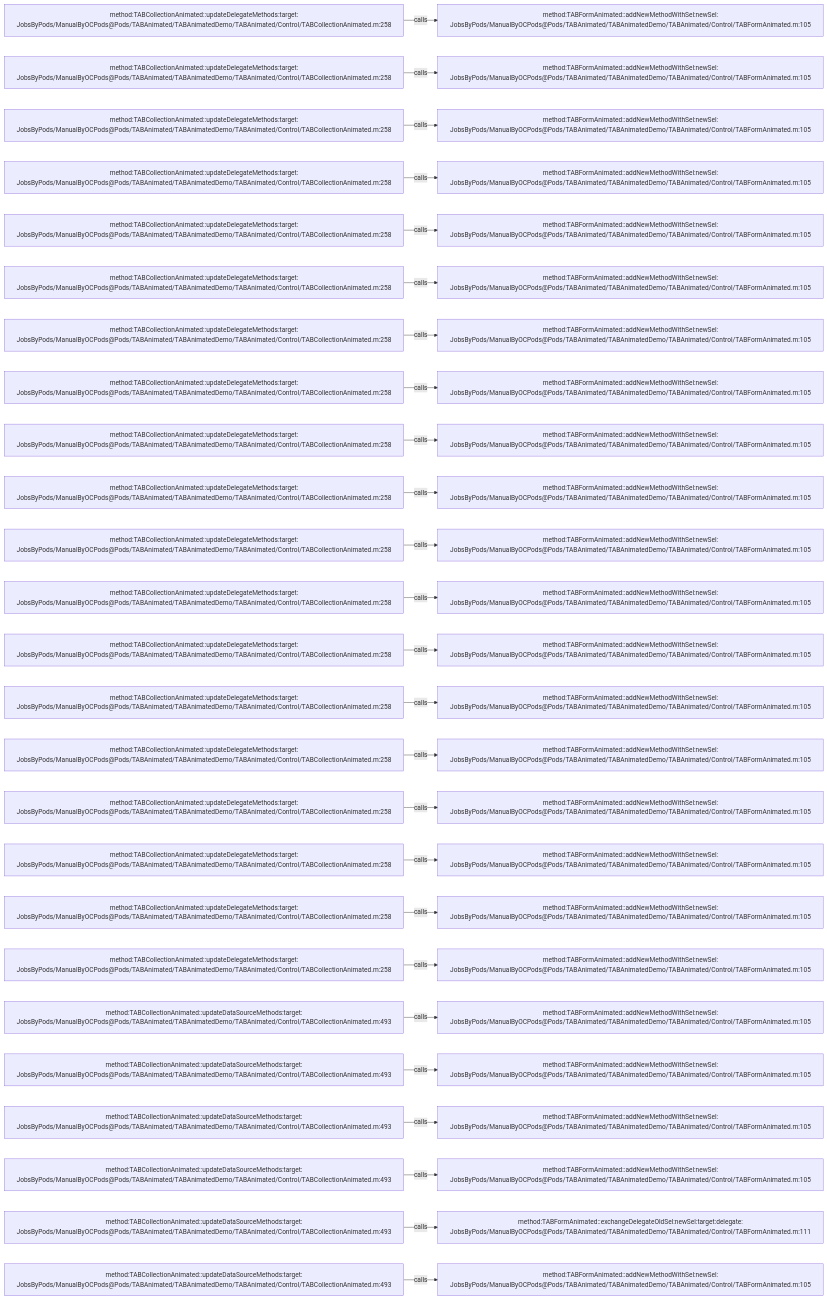
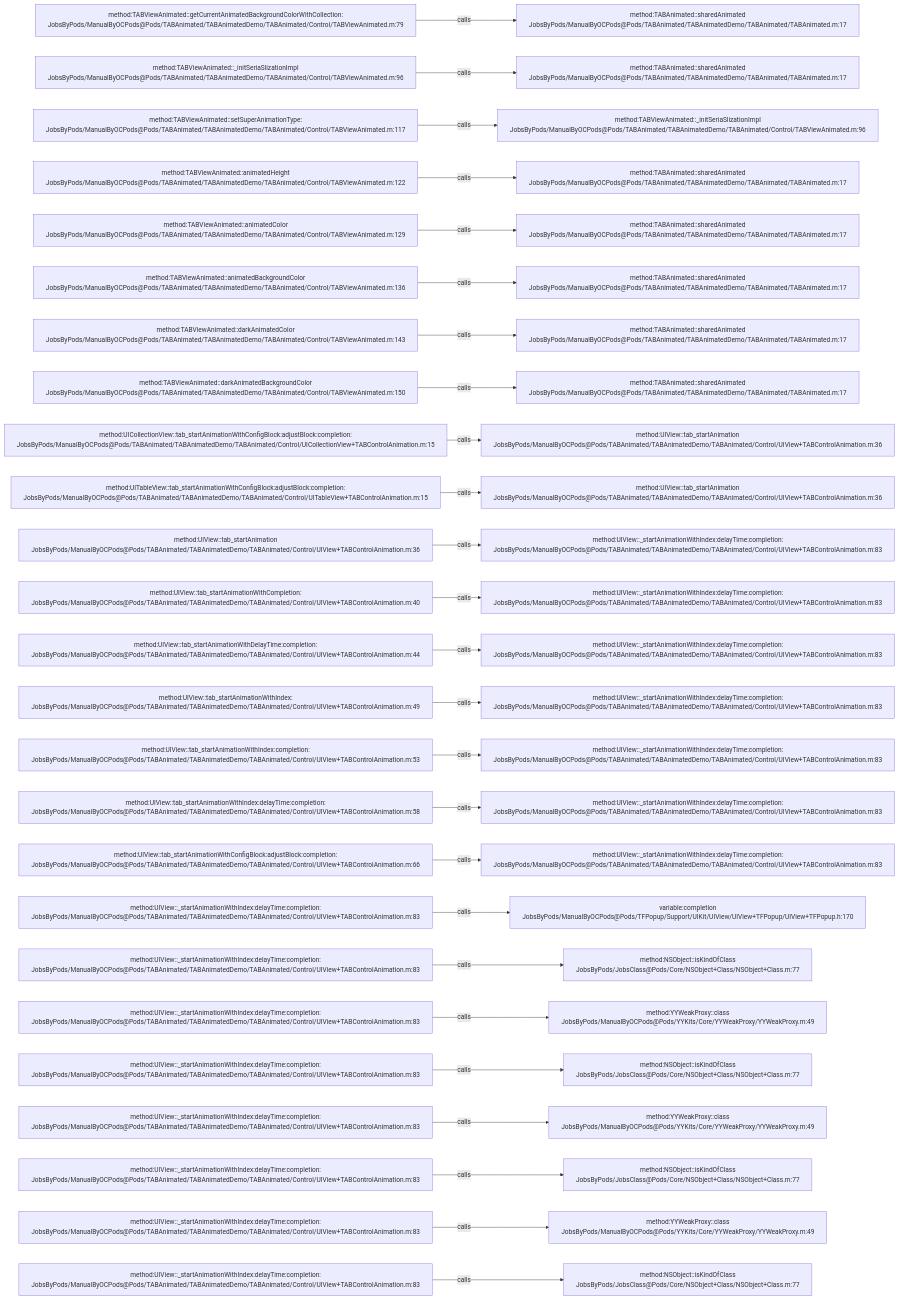
The diagram in .codegraph/codegraph.md/graphs/calls-024.md (JobsKits/JobsOCBaseConfigDemo), drawn with Mermaid before and after one commit. The commit also changed 1353 other files, not shown here.

````diff
--- a/.codegraph/codegraph.md/graphs/calls-024.md
+++ b/.codegraph/codegraph.md/graphs/calls-024.md
@@ -13,78 +13,78 @@
 ```mermaid
 flowchart LR
-  S1["method:TABCollectionAnimated::updateDelegateMethods:target:<br/>JobsByPods/ManualByOCPods@Pods/TABAnimated/TABAnimatedDemo/TABAnimated/Control/TABCollectionAnimated.m:258"]
-  T1["method:TABFormAnimated::addNewMethodWithSel:newSel:<br/>JobsByPods/ManualByOCPods@Pods/TABAnimated/TABAnimatedDemo/TABAnimated/Control/TABFormAnimated.m:105"]
+  S1["method:TABViewAnimated::getCurrentAnimatedBackgroundColorWithCollection:<br/>JobsByPods/ManualByOCPods@Pods/TABAnimated/TABAnimatedDemo/TABAnimated/Control/TABViewAnimated.m:79"]
+  T1["method:TABAnimated::sharedAnimated<br/>JobsByPods/ManualByOCPods@Pods/TABAnimated/TABAnimatedDemo/TABAnimated/TABAnimated.m:17"]
   S1 -->|calls| T1
-  S2["method:TABCollectionAnimated::updateDelegateMethods:target:<br/>JobsByPods/ManualByOCPods@Pods/TABAnimated/TABAnimatedDemo/TABAnimated/Control/TABCollectionAnimated.m:258"]
-  T2["method:TABFormAnimated::addNewMethodWithSel:newSel:<br/>JobsByPods/ManualByOCPods@Pods/TABAnimated/TABAnimatedDemo/TABAnimated/Control/TABFormAnimated.m:105"]
+  S2["method:TABViewAnimated::_initSeriaSlizationImpl<br/>JobsByPods/ManualByOCPods@Pods/TABAnimated/TABAnimatedDemo/TABAnimated/Control/TABViewAnimated.m:96"]
+  T2["method:TABAnimated::sharedAnimated<br/>JobsByPods/ManualByOCPods@Pods/TABAnimated/TABAnimatedDemo/TABAnimated/TABAnimated.m:17"]
   S2 -->|calls| T2
-  S3["method:TABCollectionAnimated::updateDelegateMethods:target:<br/>JobsByPods/ManualByOCPods@Pods/TABAnimated/TABAnimatedDemo/TABAnimated/Control/TABCollectionAnimated.m:258"]
-  T3["method:TABFormAnimated::addNewMethodWithSel:newSel:<br/>JobsByPods/ManualByOCPods@Pods/TABAnimated/TABAnimatedDemo/TABAnimated/Control/TABFormAnimated.m:105"]
+  S3["method:TABViewAnimated::setSuperAnimationType:<br/>JobsByPods/ManualByOCPods@Pods/TABAnimated/TABAnimatedDemo/TABAnimated/Control/TABViewAnimated.m:117"]
+  T3["method:TABViewAnimated::_initSeriaSlizationImpl<br/>JobsByPods/ManualByOCPods@Pods/TABAnimated/TABAnimatedDemo/TABAnimated/Control/TABViewAnimated.m:96"]
   S3 -->|calls| T3
-  S4["method:TABCollectionAnimated::updateDelegateMethods:target:<br/>JobsByPods/ManualByOCPods@Pods/TABAnimated/TABAnimatedDemo/TABAnimated/Control/TABCollectionAnimated.m:258"]
-  T4["method:TABFormAnimated::addNewMethodWithSel:newSel:<br/>JobsByPods/ManualByOCPods@Pods/TABAnimated/TABAnimatedDemo/TABAnimated/Control/TABFormAnimated.m:105"]
+  S4["method:TABViewAnimated::animatedHeight<br/>JobsByPods/ManualByOCPods@Pods/TABAnimated/TABAnimatedDemo/TABAnimated/Control/TABViewAnimated.m:122"]
+  T4["method:TABAnimated::sharedAnimated<br/>JobsByPods/ManualByOCPods@Pods/TABAnimated/TABAnimatedDemo/TABAnimated/TABAnimated.m:17"]
   S4 -->|calls| T4
-  S5["method:TABCollectionAnimated::updateDelegateMethods:target:<br/>JobsByPods/ManualByOCPods@Pods/TABAnimated/TABAnimatedDemo/TABAnimated/Control/TABCollectionAnimated.m:258"]
-  T5["method:TABFormAnimated::addNewMethodWithSel:newSel:<br/>JobsByPods/ManualByOCPods@Pods/TABAnimated/TABAnimatedDemo/TABAnimated/Control/TABFormAnimated.m:105"]
+  S5["method:TABViewAnimated::animatedColor<br/>JobsByPods/ManualByOCPods@Pods/TABAnimated/TABAnimatedDemo/TABAnimated/Control/TABViewAnimated.m:129"]
+  T5["method:TABAnimated::sharedAnimated<br/>JobsByPods/ManualByOCPods@Pods/TABAnimated/TABAnimatedDemo/TABAnimated/TABAnimated.m:17"]
   S5 -->|calls| T5
-  S6["method:TABCollectionAnimated::updateDelegateMethods:target:<br/>JobsByPods/ManualByOCPods@Pods/TABAnimated/TABAnimatedDemo/TABAnimated/Control/TABCollectionAnimated.m:258"]
-  T6["method:TABFormAnimated::addNewMethodWithSel:newSel:<br/>JobsByPods/ManualByOCPods@Pods/TABAnimated/TABAnimatedDemo/TABAnimated/Control/TABFormAnimated.m:105"]
+  S6["method:TABViewAnimated::animatedBackgroundColor<br/>JobsByPods/ManualByOCPods@Pods/TABAnimated/TABAnimatedDemo/TABAnimated/Control/TABViewAnimated.m:136"]
+  T6["method:TABAnimated::sharedAnimated<br/>JobsByPods/ManualByOCPods@Pods/TABAnimated/TABAnimatedDemo/TABAnimated/TABAnimated.m:17"]
   S6 -->|calls| T6
-  S7["method:TABCollectionAnimated::updateDelegateMethods:target:<br/>JobsByPods/ManualByOCPods@Pods/TABAnimated/TABAnimatedDemo/TABAnimated/Control/TABCollectionAnimated.m:258"]
-  T7["method:TABFormAnimated::addNewMethodWithSel:newSel:<br/>JobsByPods/ManualByOCPods@Pods/TABAnimated/TABAnimatedDemo/TABAnimated/Control/TABFormAnimated.m:105"]
+  S7["method:TABViewAnimated::darkAnimatedColor<br/>JobsByPods/ManualByOCPods@Pods/TABAnimated/TABAnimatedDemo/TABAnimated/Control/TABViewAnimated.m:143"]
+  T7["method:TABAnimated::sharedAnimated<br/>JobsByPods/ManualByOCPods@Pods/TABAnimated/TABAnimatedDemo/TABAnimated/TABAnimated.m:17"]
   S7 -->|calls| T7
-  S8["method:TABCollectionAnimated::updateDelegateMethods:target:<br/>JobsByPods/ManualByOCPods@Pods/TABAnimated/TABAnimatedDemo/TABAnimated/Control/TABCollectionAnimated.m:258"]
-  T8["method:TABFormAnimated::addNewMethodWithSel:newSel:<br/>JobsByPods/ManualByOCPods@Pods/TABAnimated/TABAnimatedDemo/TABAnimated/Control/TABFormAnimated.m:105"]
+  S8["method:TABViewAnimated::darkAnimatedBackgroundColor<br/>JobsByPods/ManualByOCPods@Pods/TABAnimated/TABAnimatedDemo/TABAnimated/Control/TABViewAnimated.m:150"]
+  T8["method:TABAnimated::sharedAnimated<br/>JobsByPods/ManualByOCPods@Pods/TABAnimated/TABAnimatedDemo/TABAnimated/TABAnimated.m:17"]
   S8 -->|calls| T8
-  S9["method:TABCollectionAnimated::updateDelegateMethods:target:<br/>JobsByPods/ManualByOCPods@Pods/TABAnimated/TABAnimatedDemo/TABAnimated/Control/TABCollectionAnimated.m:258"]
-  T9["method:TABFormAnimated::addNewMethodWithSel:newSel:<br/>JobsByPods/ManualByOCPods@Pods/TABAnimated/TABAnimatedDemo/TABAnimated/Control/TABFormAnimated.m:105"]
+  S9["method:UICollectionView::tab_startAnimationWithConfigBlock:adjustBlock:completion:<br/>JobsByPods/ManualByOCPods@Pods/TABAnimated/TABAnimatedDemo/TABAnimated/Control/UICollectionView+TABControlAnimation.m:15"]
+  T9["method:UIView::tab_startAnimation<br/>JobsByPods/ManualByOCPods@Pods/TABAnimated/TABAnimatedDemo/TABAnimated/Control/UIView+TABControlAnimation.m:36"]
   S9 -->|calls| T9
-  S10["method:TABCollectionAnimated::updateDelegateMethods:target:<br/>JobsByPods/ManualByOCPods@Pods/TABAnimated/TABAnimatedDemo/TABAnimated/Control/TABCollectionAnimated.m:258"]
-  T10["method:TABFormAnimated::addNewMethodWithSel:newSel:<br/>JobsByPods/ManualByOCPods@Pods/TABAnimated/TABAnimatedDemo/TABAnimated/Control/TABFormAnimated.m:105"]
+  S10["method:UITableView::tab_startAnimationWithConfigBlock:adjustBlock:completion:<br/>JobsByPods/ManualByOCPods@Pods/TABAnimated/TABAnimatedDemo/TABAnimated/Control/UITableView+TABControlAnimation.m:15"]
+  T10["method:UIView::tab_startAnimation<br/>JobsByPods/ManualByOCPods@Pods/TABAnimated/TABAnimatedDemo/TABAnimated/Control/UIView+TABControlAnimation.m:36"]
   S10 -->|calls| T10
-  S11["method:TABCollectionAnimated::updateDelegateMethods:target:<br/>JobsByPods/ManualByOCPods@Pods/TABAnimated/TABAnimatedDemo/TABAnimated/Control/TABCollectionAnimated.m:258"]
-  T11["method:TABFormAnimated::addNewMethodWithSel:newSel:<br/>JobsByPods/ManualByOCPods@Pods/TABAnimated/TABAnimatedDemo/TABAnimated/Control/TABFormAnimated.m:105"]
+  S11["method:UIView::tab_startAnimation<br/>JobsByPods/ManualByOCPods@Pods/TABAnimated/TABAnimatedDemo/TABAnimated/Control/UIView+TABControlAnimation.m:36"]
+  T11["method:UIView::_startAnimationWithIndex:delayTime:completion:<br/>JobsByPods/ManualByOCPods@Pods/TABAnimated/TABAnimatedDemo/TABAnimated/Control/UIView+TABControlAnimation.m:83"]
   S11 -->|calls| T11
-  S12["method:TABCollectionAnimated::updateDelegateMethods:target:<br/>JobsByPods/ManualByOCPods@Pods/TABAnimated/TABAnimatedDemo/TABAnimated/Control/TABCollectionAnimated.m:258"]
-  T12["method:TABFormAnimated::addNewMethodWithSel:newSel:<br/>JobsByPods/ManualByOCPods@Pods/TABAnimated/TABAnimatedDemo/TABAnimated/Control/TABFormAnimated.m:105"]
+  S12["method:UIView::tab_startAnimationWithCompletion:<br/>JobsByPods/ManualByOCPods@Pods/TABAnimated/TABAnimatedDemo/TABAnimated/Control/UIView+TABControlAnimation.m:40"]
+  T12["method:UIView::_startAnimationWithIndex:delayTime:completion:<br/>JobsByPods/ManualByOCPods@Pods/TABAnimated/TABAnimatedDemo/TABAnimated/Control/UIView+TABControlAnimation.m:83"]
   S12 -->|calls| T12
-  S13["method:TABCollectionAnimated::updateDelegateMethods:target:<br/>JobsByPods/ManualByOCPods@Pods/TABAnimated/TABAnimatedDemo/TABAnimated/Control/TABCollectionAnimated.m:258"]
-  T13["method:TABFormAnimated::addNewMethodWithSel:newSel:<br/>JobsByPods/ManualByOCPods@Pods/TABAnimated/TABAnimatedDemo/TABAnimated/Control/TABFormAnimated.m:105"]
+  S13["method:UIView::tab_startAnimationWithDelayTime:completion:<br/>JobsByPods/ManualByOCPods@Pods/TABAnimated/TABAnimatedDemo/TABAnimated/Control/UIView+TABControlAnimation.m:44"]
+  T13["method:UIView::_startAnimationWithIndex:delayTime:completion:<br/>JobsByPods/ManualByOCPods@Pods/TABAnimated/TABAnimatedDemo/TABAnimated/Control/UIView+TABControlAnimation.m:83"]
   S13 -->|calls| T13
-  S14["method:TABCollectionAnimated::updateDelegateMethods:target:<br/>JobsByPods/ManualByOCPods@Pods/TABAnimated/TABAnimatedDemo/TABAnimated/Control/TABCollectionAnimated.m:258"]
-  T14["method:TABFormAnimated::addNewMethodWithSel:newSel:<br/>JobsByPods/ManualByOCPods@Pods/TABAnimated/TABAnimatedDemo/TABAnimated/Control/TABFormAnimated.m:105"]
+  S14["method:UIView::tab_startAnimationWithIndex:<br/>JobsByPods/ManualByOCPods@Pods/TABAnimated/TABAnimatedDemo/TABAnimated/Control/UIView+TABControlAnimation.m:49"]
+  T14["method:UIView::_startAnimationWithIndex:delayTime:completion:<br/>JobsByPods/ManualByOCPods@Pods/TABAnimated/TABAnimatedDemo/TABAnimated/Control/UIView+TABControlAnimation.m:83"]
   S14 -->|calls| T14
-  S15["method:TABCollectionAnimated::updateDelegateMethods:target:<br/>JobsByPods/ManualByOCPods@Pods/TABAnimated/TABAnimatedDemo/TABAnimated/Control/TABCollectionAnimated.m:258"]
-  T15["method:TABFormAnimated::addNewMethodWithSel:newSel:<br/>JobsByPods/ManualByOCPods@Pods/TABAnimated/TABAnimatedDemo/TABAnimated/Control/TABFormAnimated.m:105"]
+  S15["method:UIView::tab_startAnimationWithIndex:completion:<br/>JobsByPods/ManualByOCPods@Pods/TABAnimated/TABAnimatedDemo/TABAnimated/Control/UIView+TABControlAnimation.m:53"]
+  T15["method:UIView::_startAnimationWithIndex:delayTime:completion:<br/>JobsByPods/ManualByOCPods@Pods/TABAnimated/TABAnimatedDemo/TABAnimated/Control/UIView+TABControlAnimation.m:83"]
   S15 -->|calls| T15
-  S16["method:TABCollectionAnimated::updateDelegateMethods:target:<br/>JobsByPods/ManualByOCPods@Pods/TABAnimated/TABAnimatedDemo/TABAnimated/Control/TABCollectionAnimated.m:258"]
-  T16["method:TABFormAnimated::addNewMethodWithSel:newSel:<br/>JobsByPods/ManualByOCPods@Pods/TABAnimated/TABAnimatedDemo/TABAnimated/Control/TABFormAnimated.m:105"]
+  S16["method:UIView::tab_startAnimationWithIndex:delayTime:completion:<br/>JobsByPods/ManualByOCPods@Pods/TABAnimated/TABAnimatedDemo/TABAnimated/Control/UIView+TABControlAnimation.m:58"]
+  T16["method:UIView::_startAnimationWithIndex:delayTime:completion:<br/>JobsByPods/ManualByOCPods@Pods/TABAnimated/TABAnimatedDemo/TABAnimated/Control/UIView+TABControlAnimation.m:83"]
   S16 -->|calls| T16
-  S17["method:TABCollectionAnimated::updateDelegateMethods:target:<br/>JobsByPods/ManualByOCPods@Pods/TABAnimated/TABAnimatedDemo/TABAnimated/Control/TABCollectionAnimated.m:258"]
-  T17["method:TABFormAnimated::addNewMethodWithSel:newSel:<br/>JobsByPods/ManualByOCPods@Pods/TABAnimated/TABAnimatedDemo/TABAnimated/Control/TABFormAnimated.m:105"]
+  S17["method:UIView::tab_startAnimationWithConfigBlock:adjustBlock:completion:<br/>JobsByPods/ManualByOCPods@Pods/TABAnimated/TABAnimatedDemo/TABAnimated/Control/UIView+TABControlAnimation.m:66"]
+  T17["method:UIView::_startAnimationWithIndex:delayTime:completion:<br/>JobsByPods/ManualByOCPods@Pods/TABAnimated/TABAnimatedDemo/TABAnimated/Control/UIView+TABControlAnimation.m:83"]
   S17 -->|calls| T17
-  S18["method:TABCollectionAnimated::updateDelegateMethods:target:<br/>JobsByPods/ManualByOCPods@Pods/TABAnimated/TABAnimatedDemo/TABAnimated/Control/TABCollectionAnimated.m:258"]
-  T18["method:TABFormAnimated::addNewMethodWithSel:newSel:<br/>JobsByPods/ManualByOCPods@Pods/TABAnimated/TABAnimatedDemo/TABAnimated/Control/TABFormAnimated.m:105"]
+  S18["method:UIView::_startAnimationWithIndex:delayTime:completion:<br/>JobsByPods/ManualByOCPods@Pods/TABAnimated/TABAnimatedDemo/TABAnimated/Control/UIView+TABControlAnimation.m:83"]
+  T18["variable:completion<br/>JobsByPods/ManualByOCPods@Pods/TFPopup/Support/UIKit/UIView/UIView+TFPopup/UIView+TFPopup.h:170"]
   S18 -->|calls| T18
-  S19["method:TABCollectionAnimated::updateDelegateMethods:target:<br/>JobsByPods/ManualByOCPods@Pods/TABAnimated/TABAnimatedDemo/TABAnimated/Control/TABCollectionAnimated.m:258"]
-  T19["method:TABFormAnimated::addNewMethodWithSel:newSel:<br/>JobsByPods/ManualByOCPods@Pods/TABAnimated/TABAnimatedDemo/TABAnimated/Control/TABFormAnimated.m:105"]
+  S19["method:UIView::_startAnimationWithIndex:delayTime:completion:<br/>JobsByPods/ManualByOCPods@Pods/TABAnimated/TABAnimatedDemo/TABAnimated/Control/UIView+TABControlAnimation.m:83"]
+  T19["method:NSObject::isKindOfClass<br/>JobsByPods/JobsClass@Pods/Core/NSObject+Class/NSObject+Class.m:77"]
   S19 -->|calls| T19
-  S20["method:TABCollectionAnimated::updateDataSourceMethods:target:<br/>JobsByPods/ManualByOCPods@Pods/TABAnimated/TABAnimatedDemo/TABAnimated/Control/TABCollectionAnimated.m:493"]
-  T20["method:TABFormAnimated::addNewMethodWithSel:newSel:<br/>JobsByPods/ManualByOCPods@Pods/TABAnimated/TABAnimatedDemo/TABAnimated/Control/TABFormAnimated.m:105"]
+  S20["method:UIView::_startAnimationWithIndex:delayTime:completion:<br/>JobsByPods/ManualByOCPods@Pods/TABAnimated/TABAnimatedDemo/TABAnimated/Control/UIView+TABControlAnimation.m:83"]
+  T20["method:YYWeakProxy::class<br/>JobsByPods/ManualByOCPods@Pods/YYKits/Core/YYWeakProxy/YYWeakProxy.m:49"]
   S20 -->|calls| T20
-  S21["method:TABCollectionAnimated::updateDataSourceMethods:target:<br/>JobsByPods/ManualByOCPods@Pods/TABAnimated/TABAnimatedDemo/TABAnimated/Control/TABCollectionAnimated.m:493"]
-  T21["method:TABFormAnimated::addNewMethodWithSel:newSel:<br/>JobsByPods/ManualByOCPods@Pods/TABAnimated/TABAnimatedDemo/TABAnimated/Control/TABFormAnimated.m:105"]
+  S21["method:UIView::_startAnimationWithIndex:delayTime:completion:<br/>JobsByPods/ManualByOCPods@Pods/TABAnimated/TABAnimatedDemo/TABAnimated/Control/UIView+TABControlAnimation.m:83"]
+  T21["method:NSObject::isKindOfClass<br/>JobsByPods/JobsClass@Pods/Core/NSObject+Class/NSObject+Class.m:77"]
   S21 -->|calls| T21
-  S22["method:TABCollectionAnimated::updateDataSourceMethods:target:<br/>JobsByPods/ManualByOCPods@Pods/TABAnimated/TABAnimatedDemo/TABAnimated/Control/TABCollectionAnimated.m:493"]
-  T22["method:TABFormAnimated::addNewMethodWithSel:newSel:<br/>JobsByPods/ManualByOCPods@Pods/TABAnimated/TABAnimatedDemo/TABAnimated/Control/TABFormAnimated.m:105"]
+  S22["method:UIView::_startAnimationWithIndex:delayTime:completion:<br/>JobsByPods/ManualByOCPods@Pods/TABAnimated/TABAnimatedDemo/TABAnimated/Control/UIView+TABControlAnimation.m:83"]
+  T22["method:YYWeakProxy::class<br/>JobsByPods/ManualByOCPods@Pods/YYKits/Core/YYWeakProxy/YYWeakProxy.m:49"]
   S22 -->|calls| T22
-  S23["method:TABCollectionAnimated::updateDataSourceMethods:target:<br/>JobsByPods/ManualByOCPods@Pods/TABAnimated/TABAnimatedDemo/TABAnimated/Control/TABCollectionAnimated.m:493"]
-  T23["method:TABFormAnimated::addNewMethodWithSel:newSel:<br/>JobsByPods/ManualByOCPods@Pods/TABAnimated/TABAnimatedDemo/TABAnimated/Control/TABFormAnimated.m:105"]
+  S23["method:UIView::_startAnimationWithIndex:delayTime:completion:<br/>JobsByPods/ManualByOCPods@Pods/TABAnimated/TABAnimatedDemo/TABAnimated/Control/UIView+TABControlAnimation.m:83"]
+  T23["method:NSObject::isKindOfClass<br/>JobsByPods/JobsClass@Pods/Core/NSObject+Class/NSObject+Class.m:77"]
   S23 -->|calls| T23
-  S24["method:TABCollectionAnimated::updateDataSourceMethods:target:<br/>JobsByPods/ManualByOCPods@Pods/TABAnimated/TABAnimatedDemo/TABAnimated/Control/TABCollectionAnimated.m:493"]
-  T24["method:TABFormAnimated::exchangeDelegateOldSel:newSel:target:delegate:<br/>JobsByPods/ManualByOCPods@Pods/TABAnimated/TABAnimatedDemo/TABAnimated/Control/TABFormAnimated.m:111"]
+  S24["method:UIView::_startAnimationWithIndex:delayTime:completion:<br/>JobsByPods/ManualByOCPods@Pods/TABAnimated/TABAnimatedDemo/TABAnimated/Control/UIView+TABControlAnimation.m:83"]
+  T24["method:YYWeakProxy::class<br/>JobsByPods/ManualByOCPods@Pods/YYKits/Core/YYWeakProxy/YYWeakProxy.m:49"]
   S24 -->|calls| T24
-  S25["method:TABCollectionAnimated::updateDataSourceMethods:target:<br/>JobsByPods/ManualByOCPods@Pods/TABAnimated/TABAnimatedDemo/TABAnimated/Control/TABCollectionAnimated.m:493"]
-  T25["method:TABFormAnimated::addNewMethodWithSel:newSel:<br/>JobsByPods/ManualByOCPods@Pods/TABAnimated/TABAnimatedDemo/TABAnimated/Control/TABFormAnimated.m:105"]
+  S25["method:UIView::_startAnimationWithIndex:delayTime:completion:<br/>JobsByPods/ManualByOCPods@Pods/TABAnimated/TABAnimatedDemo/TABAnimated/Control/UIView+TABControlAnimation.m:83"]
+  T25["method:NSObject::isKindOfClass<br/>JobsByPods/JobsClass@Pods/Core/NSObject+Class/NSObject+Class.m:77"]
   S25 -->|calls| T25
 ```
````
